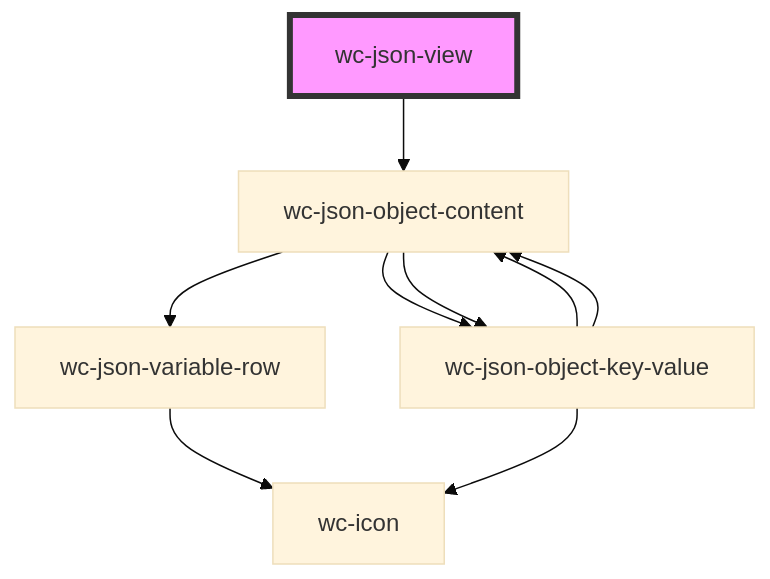
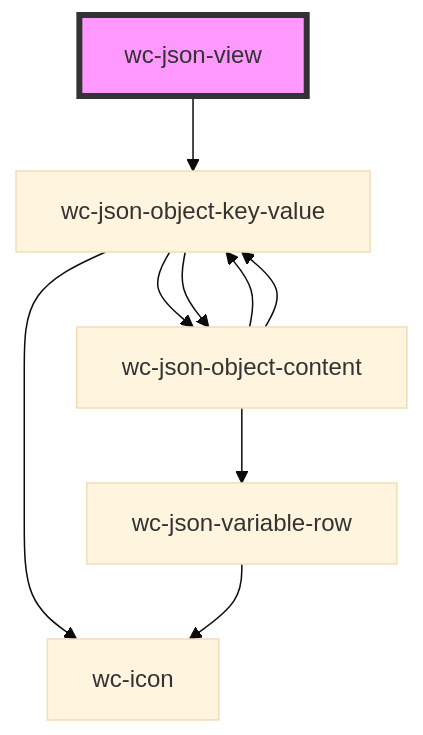
The diagram in src/components/json-view/readme.md (gitbu/wc-ui), drawn with Mermaid (base theme) before and after one commit. The commit also changed other lines of this file and 5 other files, not shown here.

````diff
--- a/src/components/json-view/readme.md
+++ b/src/components/json-view/readme.md
@@ -39,12 +27,12 @@
 ```mermaid
 graph TD;
-  wc-json-view --> wc-json-object-content
+  wc-json-view --> wc-json-object-key-value
+  wc-json-object-key-value --> wc-icon
+  wc-json-object-key-value --> wc-json-object-content
+  wc-json-object-key-value --> wc-json-object-content
   wc-json-object-content --> wc-json-variable-row
   wc-json-object-content --> wc-json-object-key-value
   wc-json-object-content --> wc-json-object-key-value
   wc-json-variable-row --> wc-icon
-  wc-json-object-key-value --> wc-icon
-  wc-json-object-key-value --> wc-json-object-content
-  wc-json-object-key-value --> wc-json-object-content
   style wc-json-view fill:#f9f,stroke:#333,stroke-width:4px
 ```
````
